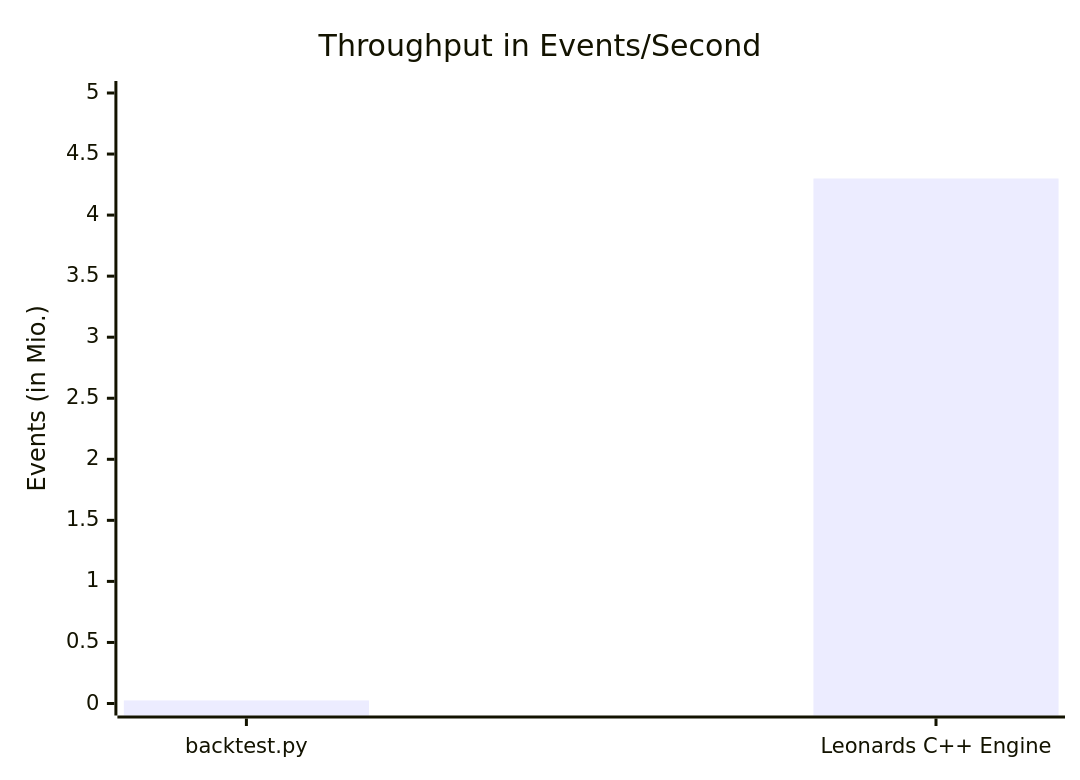
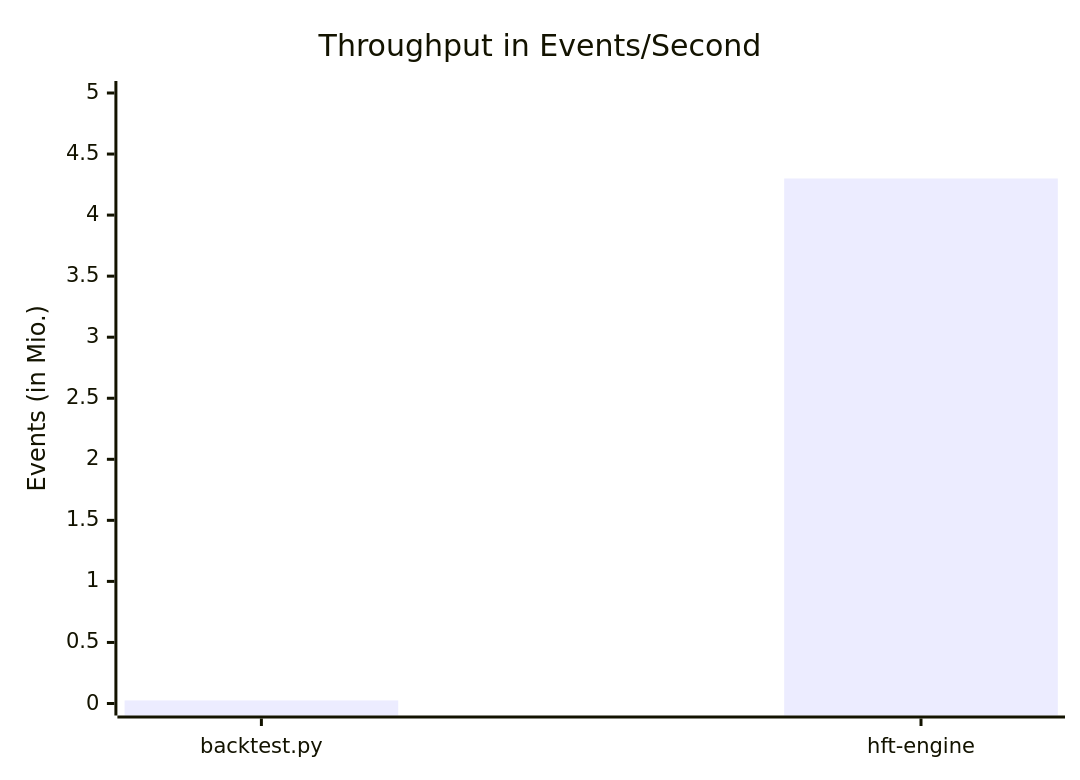
The first of 2 diagrams in README.md (LeonardFoerster/truetest-core), drawn with Mermaid before and after one commit.

Commit message:
Update x-axis label in throughput chart

````diff
--- a/README.md
+++ b/README.md
@@ -13,7 +13,7 @@
 ```mermaid
 xychart-beta
     title "Throughput in Events/Second"
-    x-axis ["backtest.py", "Leonards C++ Engine"]
+    x-axis ["backtest.py", "hft-engine"]
     y-axis "Events (in Mio.)" 0 --> 5
     bar [0.025, 4.3]
 ```
````
